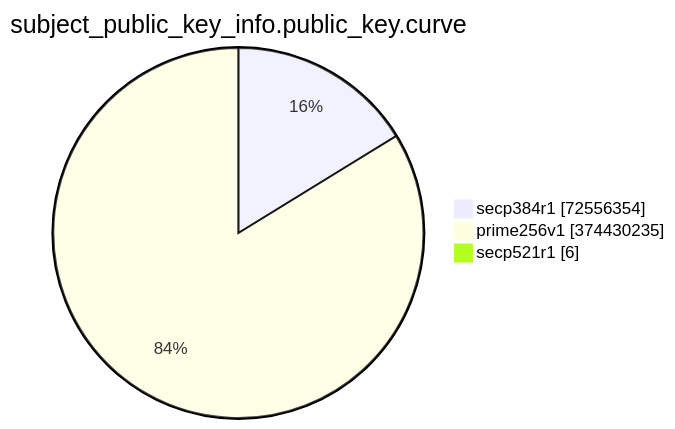
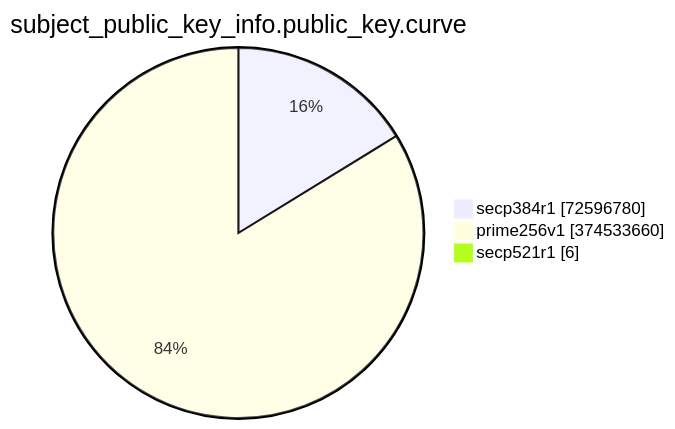
The eighth of 15 diagrams in TOTAL/README.md (christiankrug/ctmonitor_visualization), drawn with Mermaid before and after one commit. The commit also changed other lines of this file, not shown here.

````diff
--- a/TOTAL/README.md
+++ b/TOTAL/README.md
@@ -3094,7 +3094,7 @@
 ```mermaid
 pie showData
 title subject_public_key_info.public_key.curve
-"secp384r1" :72556354
-"prime256v1" :374430235
+"secp384r1" :72596780
+"prime256v1" :374533660
 "secp521r1" :6
 ```
````
